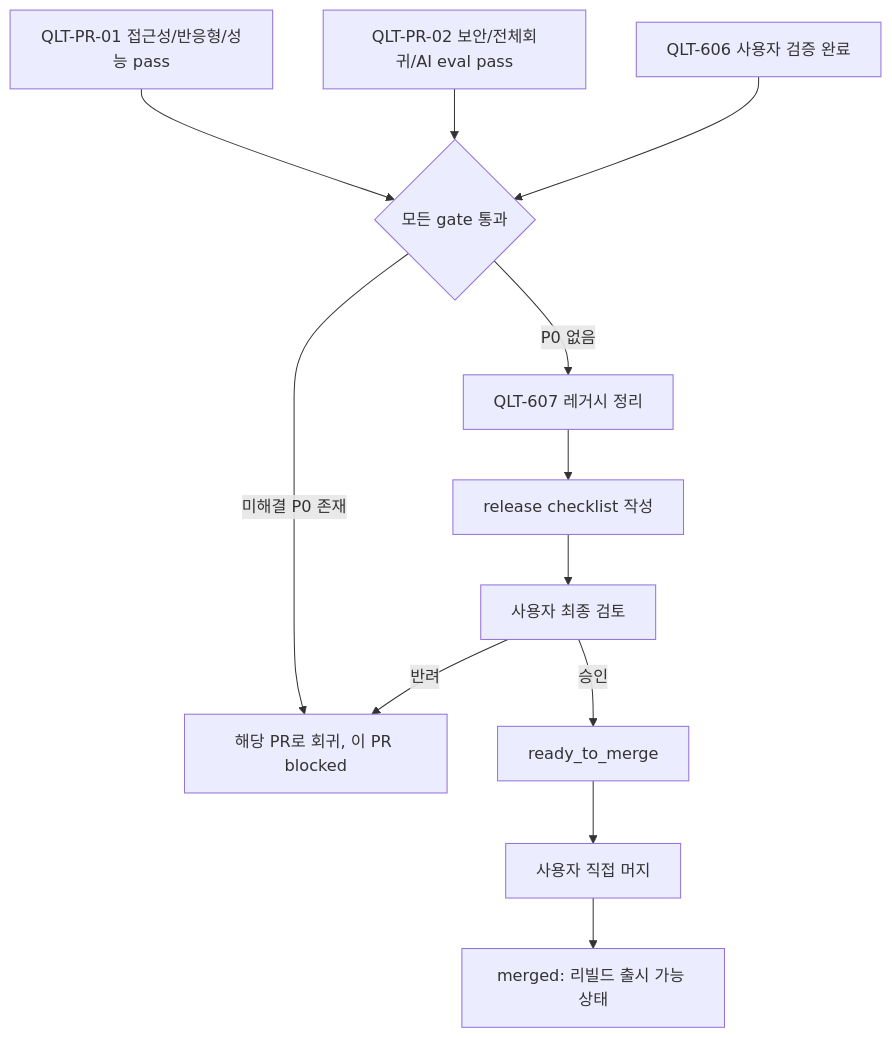
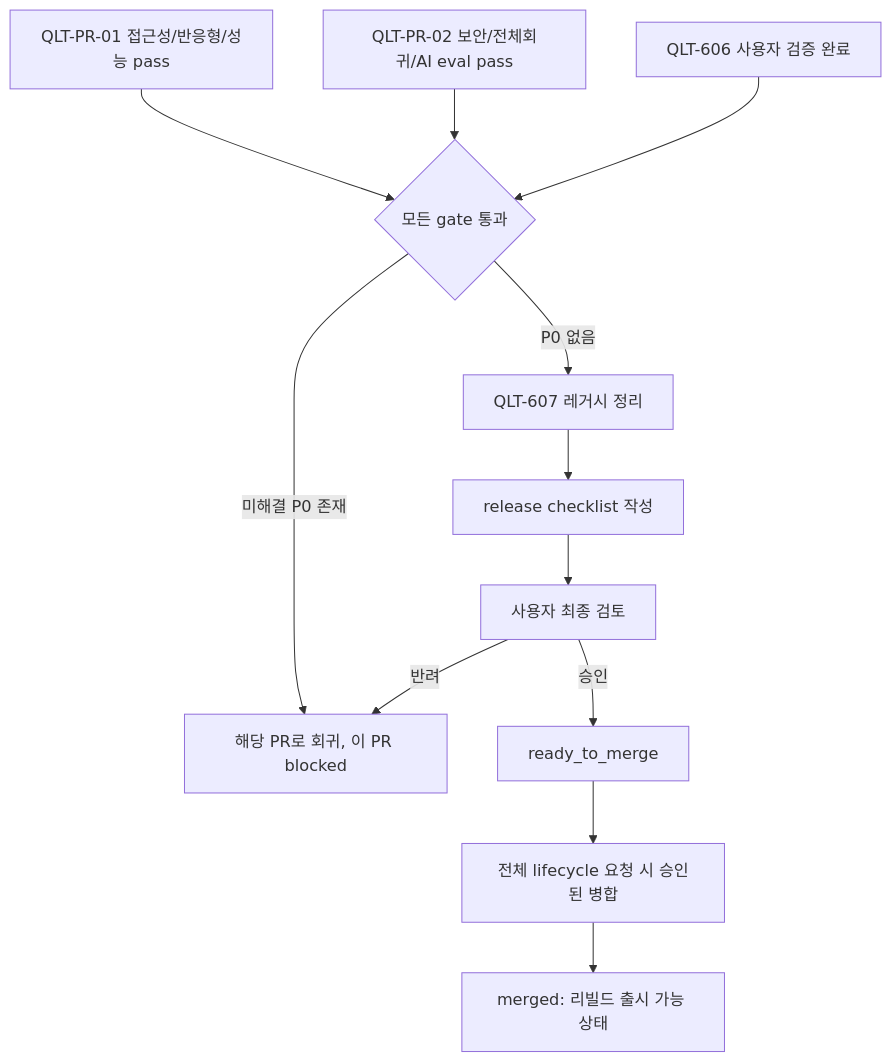
Before and after one commit to donghyunlee-dev/ai-agent-blueprint: the diagram in docs/tasks/QLT-PR-03/plan.md, drawn with Mermaid. The commit also changed 69 other files, not shown here.

````diff
--- a/docs/tasks/QLT-PR-03/plan.md
+++ b/docs/tasks/QLT-PR-03/plan.md
@@ -48,14 +48,14 @@
 ```mermaid
 flowchart TD
     A[QLT-PR-01 접근성/반응형/성능 pass] --> D{모든 gate 통과}
     B[QLT-PR-02 보안/전체회귀/AI eval pass] --> D
     C[QLT-606 사용자 검증 완료] --> D
     D -- 미해결 P0 존재 --> E[해당 PR로 회귀, 이 PR blocked]
     D -- P0 없음 --> F[QLT-607 레거시 정리]
     F --> G[release checklist 작성]
     G --> H[사용자 최종 검토]
     H -- 반려 --> E
     H -- 승인 --> I[ready_to_merge]
-    I --> J[사용자 직접 머지]
+    I --> J[전체 lifecycle 요청 시 승인된 병합]
     J --> K[merged: 리빌드 출시 가능 상태]
 ```
````
